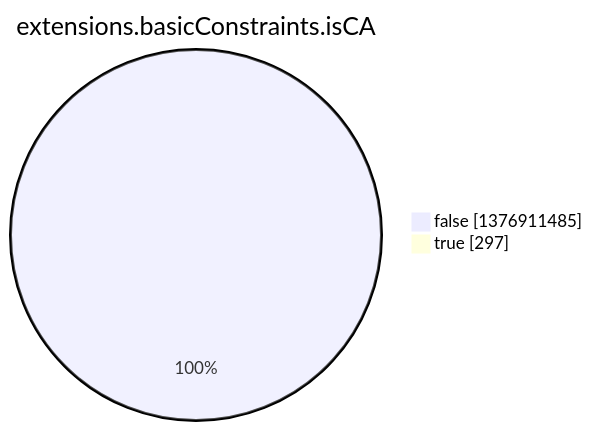
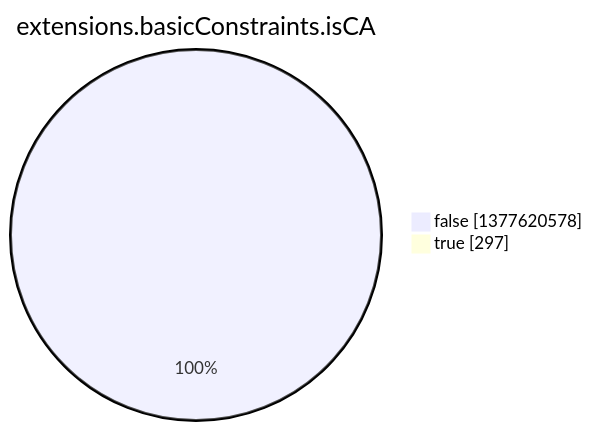
The eighth of 15 diagrams in argon2022/README.md (christiankrug/ctmonitor_visualization), drawn with Mermaid before and after one commit. The commit also changed other lines of this file, not shown here.

````diff
--- a/argon2022/README.md
+++ b/argon2022/README.md
@@ -2759,6 +2759,6 @@
 ```mermaid
 pie showData
 title extensions.basicConstraints.isCA
-"false" :1376911485
+"false" :1377620578
 "true" :297
 ```
````
